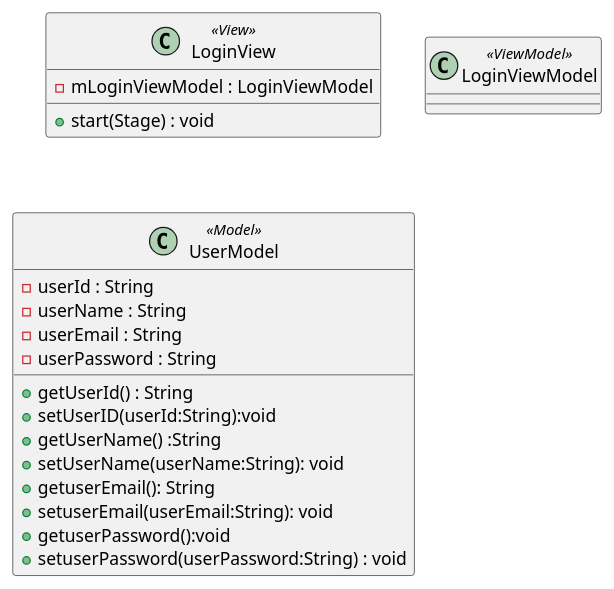
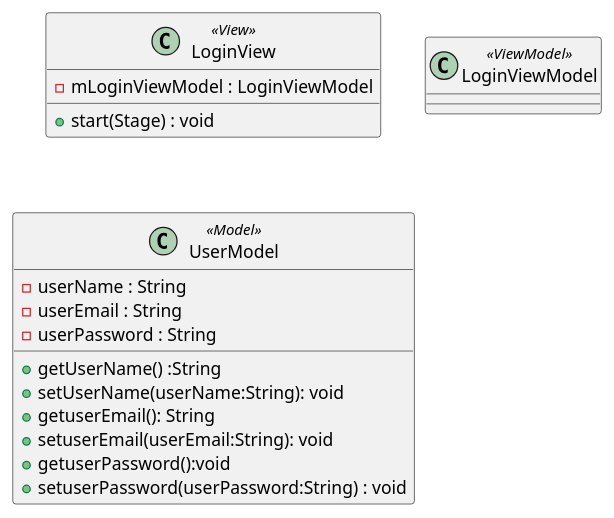
Before and after one commit to aialmohamed/SDK_Manager: the diagram in Documents/UML/Login.wsd, drawn with PlantUML. The commit also changed 8 other files, not shown here.

```diff
--- a/Documents/UML/Login.wsd
+++ b/Documents/UML/Login.wsd
@@ -1,28 +1,25 @@
 @startuml "Login"
 
 class "LoginView" <<View>>{
     - mLoginViewModel : LoginViewModel
     + start(Stage) : void
 }
 class "LoginViewModel" <<ViewModel>>{
 
 }
 
 class UserModel <<Model>> {
-    - userId : String
     - userName : String
     - userEmail : String
     - userPassword : String
 
-    + getUserId() : String
-    + setUserID(userId:String):void
     + getUserName() :String
     + setUserName(userName:String): void
     + getuserEmail(): String
     + setuserEmail(userEmail:String): void
     + getuserPassword():void
     + setuserPassword(userPassword:String) : void
 }
 
 
 @enduml
```
